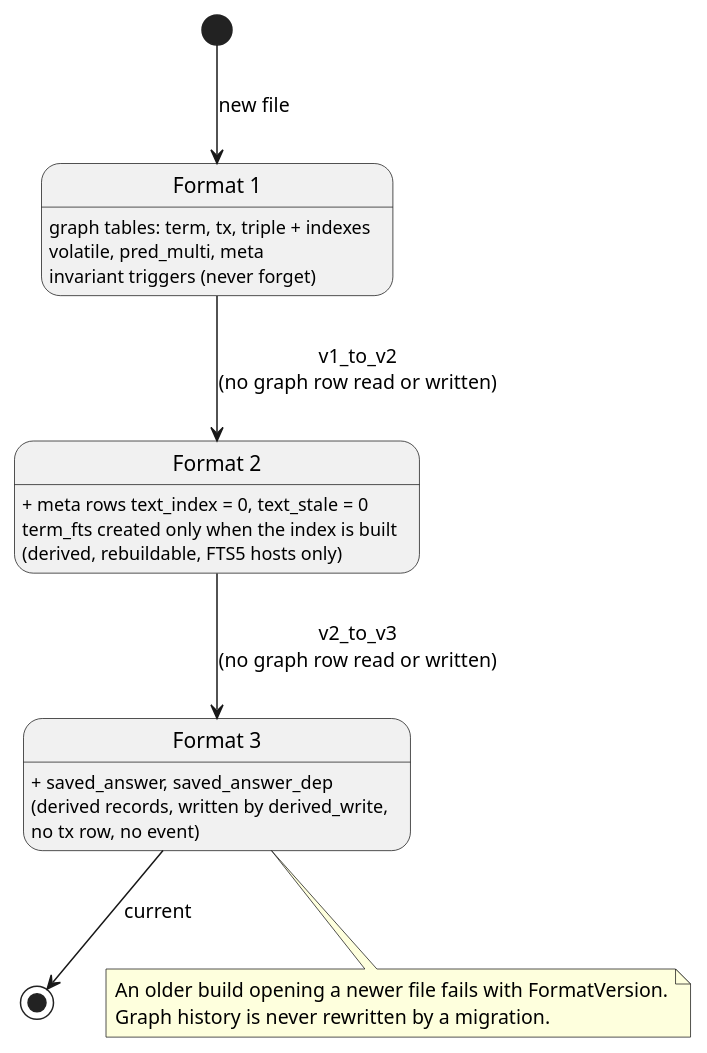
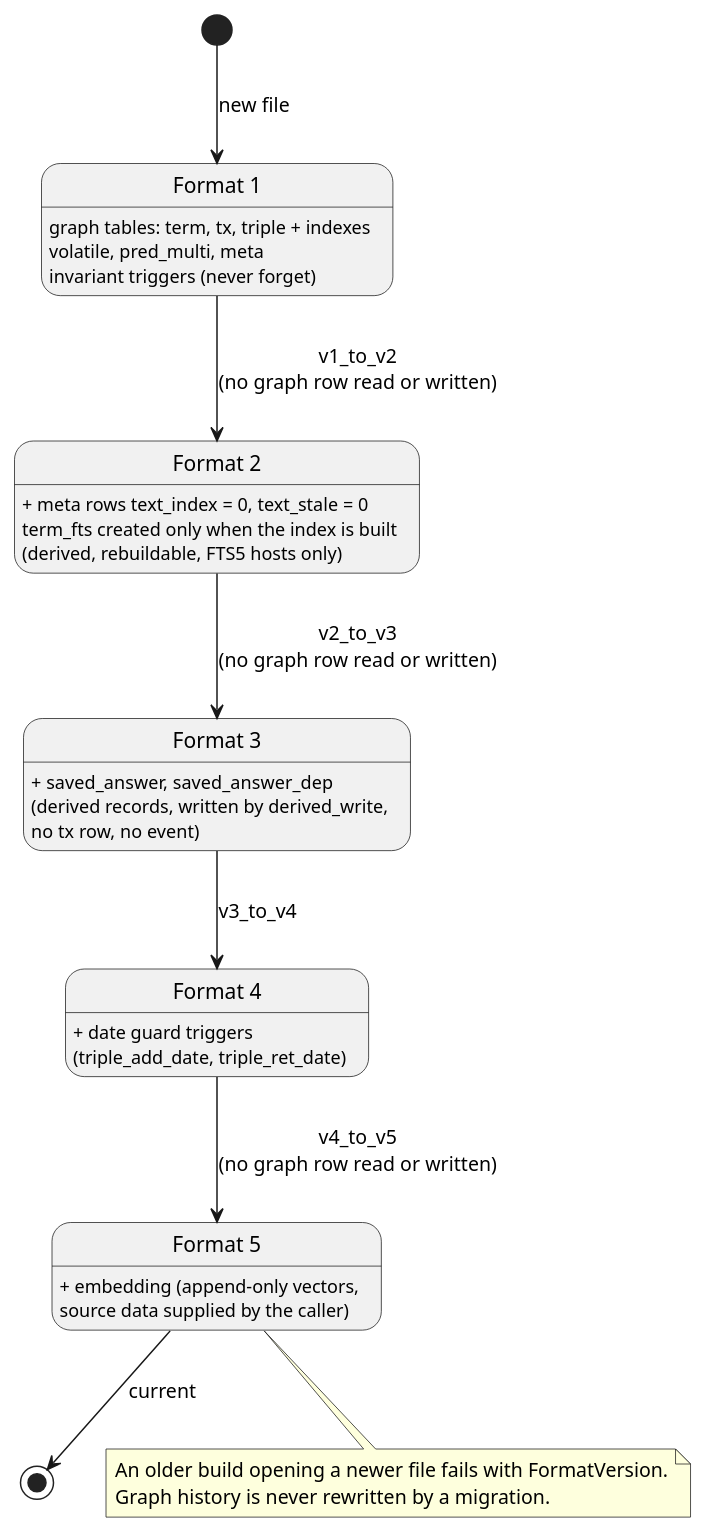
One commit to Volland/tiramemsu changed the diagram in lat.md/storage.md. Above: the diagram before and after it, drawn with PlantUML. The commit also changed other lines of this file and 199 other files, not shown here.

````diff
--- a/lat.md/storage.md
+++ b/lat.md/storage.md
@@ -230,16 +233,20 @@
 ```plantuml
 @startuml format-versions
 skinparam shadowing false
 state "Format 1" as F1 : graph tables: term, tx, triple + indexes\nvolatile, pred_multi, meta\ninvariant triggers (never forget)
 state "Format 2" as F2 : + meta rows text_index = 0, text_stale = 0\nterm_fts created only when the index is built\n(derived, rebuildable, FTS5 hosts only)
 state "Format 3" as F3 : + saved_answer, saved_answer_dep\n(derived records, written by derived_write,\nno tx row, no event)
 [*] --> F1 : new file
 F1 --> F2 : v1_to_v2\n(no graph row read or written)
 F2 --> F3 : v2_to_v3\n(no graph row read or written)
-F3 --> [*] : current
-note bottom of F3
+state "Format 4" as F4 : + date guard triggers\n(triple_add_date, triple_ret_date)
+state "Format 5" as F5 : + embedding (append-only vectors,\nsource data supplied by the caller)
+F3 --> F4 : v3_to_v4
+F4 --> F5 : v4_to_v5\n(no graph row read or written)
+F5 --> [*] : current
+note bottom of F5
   An older build opening a newer file fails with FormatVersion.
   Graph history is never rewritten by a migration.
 end note
 @enduml
 ```
````
